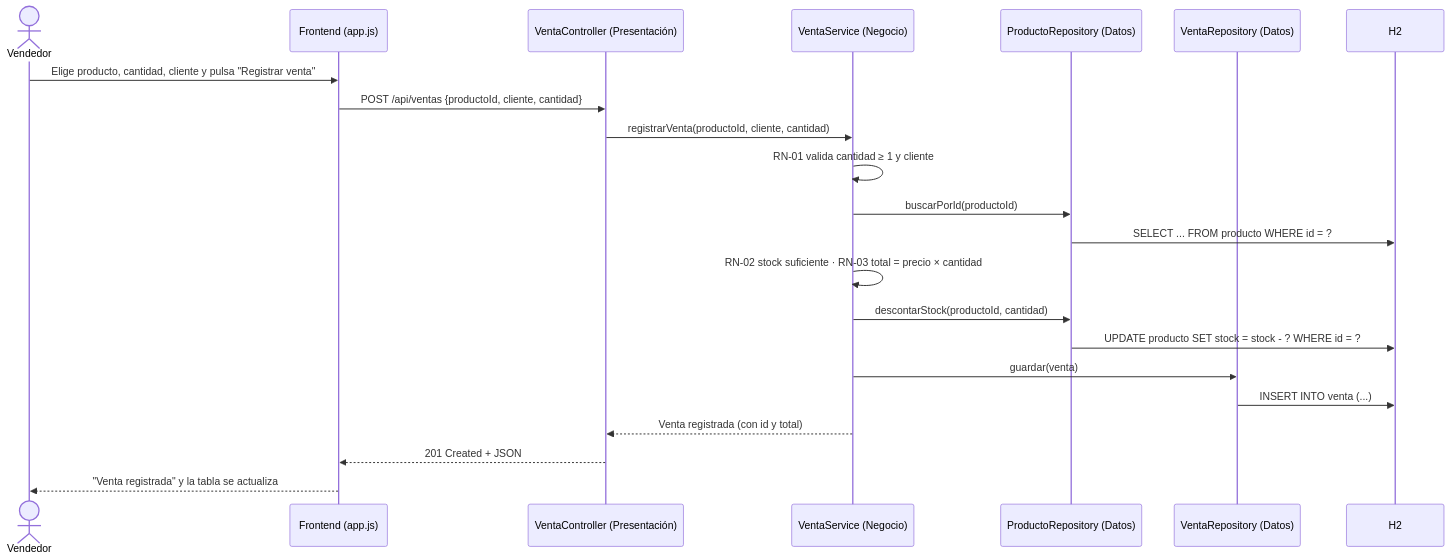
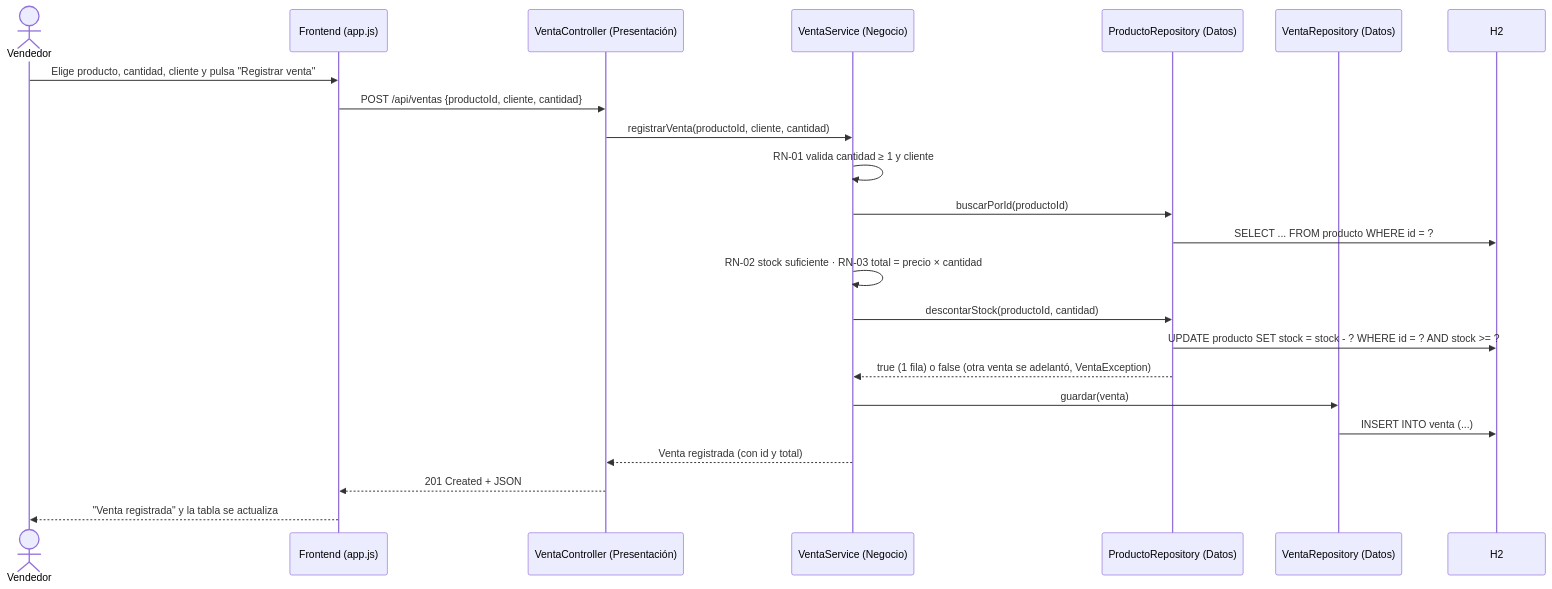
One commit to eduardo18sr/actividad-4puntos-arquitectura-capas changed the second of 2 diagrams in specs/arquitectura/arquitectura.md. Above: the diagram before and after it, drawn with Mermaid. The commit also changed other lines of this file and 8 other files, not shown here.

````diff
--- a/specs/arquitectura/arquitectura.md
+++ b/specs/arquitectura/arquitectura.md
@@ -49,25 +49,26 @@
 ```mermaid
 sequenceDiagram
     actor U as Vendedor
     participant F as Frontend (app.js)
     participant C as VentaController (Presentación)
     participant S as VentaService (Negocio)
     participant PR as ProductoRepository (Datos)
     participant VR as VentaRepository (Datos)
     participant DB as H2
 
     U->>F: Elige producto, cantidad, cliente y pulsa "Registrar venta"
     F->>C: POST /api/ventas {productoId, cliente, cantidad}
     C->>S: registrarVenta(productoId, cliente, cantidad)
     S->>S: RN-01 valida cantidad ≥ 1 y cliente
     S->>PR: buscarPorId(productoId)
     PR->>DB: SELECT ... FROM producto WHERE id = ?
     S->>S: RN-02 stock suficiente · RN-03 total = precio × cantidad
     S->>PR: descontarStock(productoId, cantidad)
-    PR->>DB: UPDATE producto SET stock = stock - ? WHERE id = ?
+    PR->>DB: UPDATE producto SET stock = stock - ? WHERE id = ? AND stock >= ?
+    PR-->>S: true (1 fila) o false (otra venta se adelantó, VentaException)
     S->>VR: guardar(venta)
     VR->>DB: INSERT INTO venta (...)
     S-->>C: Venta registrada (con id y total)
     C-->>F: 201 Created + JSON
     F-->>U: "Venta registrada" y la tabla se actualiza
 ```
````
